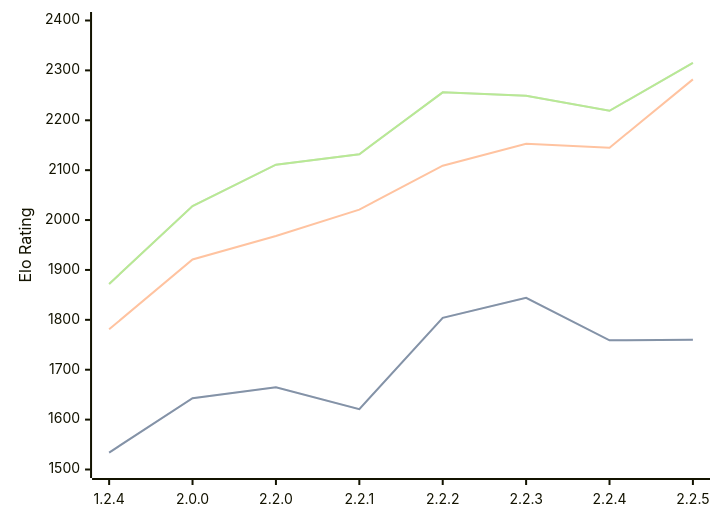
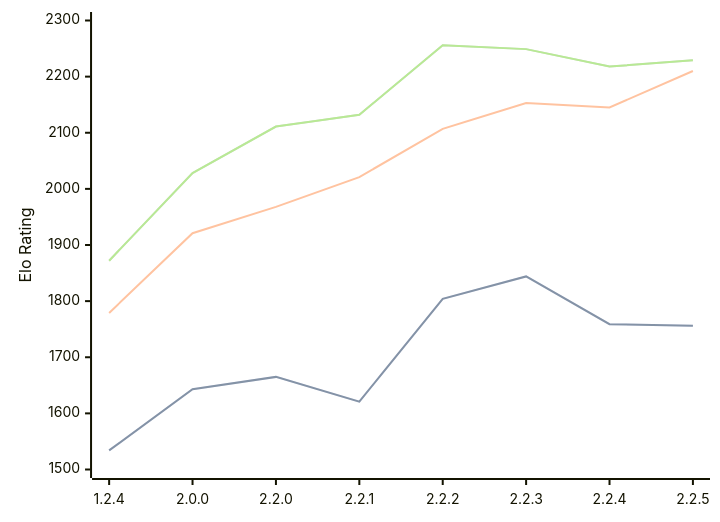
One commit to computer-chess-index/cci changed the diagram in engines/Kreveta.md. Above: the diagram before and after it, drawn with Mermaid. The commit also changed other lines of this file, not shown here.

Commit message:
Update CCI Ratings (ELO VLTC) - 2026-03-17

````diff
--- a/engines/Kreveta.md
+++ b/engines/Kreveta.md
@@ -39,11 +39,11 @@
 ```mermaid
 %%{init: {"theme":"base","themeVariables":{"seriesColors:['#a3a3a3','#222221','#faa371']}}}%%
 xychart-beta
   x-axis ["1.2.4", "2.0.0", "2.2.0", "2.2.1", "2.2.2", "2.2.3", "2.2.4", "2.2.5"]
-  y-axis "Elo Rating" 1500 --> 2400
-  line "STC (8.0+0.08s)" [1534, 1643, 1665, 1621, 1804, 1844, 1759, 1760]
-  line "STC (8.0+0.08s)" [1534, 1643, 1665, 1621, 1804, 1844, 1759, 1760]
-  line "LTC (60.0+0.60s)" [1781, 1921, 1968, 2021, 2109, 2153, 2145, 2282]
-  line "VLTC (2m24s+1.12s)" [1872, 2028, 2111, 2132, 2256, 2249, 2219, 2315]
-  line "VLTC (2m24s+1.12s)" [1872, 2028, 2111, 2132, 2256, 2249, 2219, 2315]
+  y-axis "Elo Rating" 1500 --> 2300
+  line "STC (8.0+0.08s)" [1534, 1643, 1665, 1621, 1804, 1844, 1759, 1756]
+  line "STC (8.0+0.08s)" [1534, 1643, 1665, 1621, 1804, 1844, 1759, 1756]
+  line "LTC (60.0+0.60s)" [1779, 1921, 1968, 2021, 2107, 2153, 2145, 2210]
+  line "VLTC (2m24s+1.12s)" [1872, 2028, 2111, 2132, 2256, 2249, 2218, 2229]
+  line "VLTC (2m24s+1.12s)" [1872, 2028, 2111, 2132, 2256, 2249, 2218, 2229]
 ```
````
